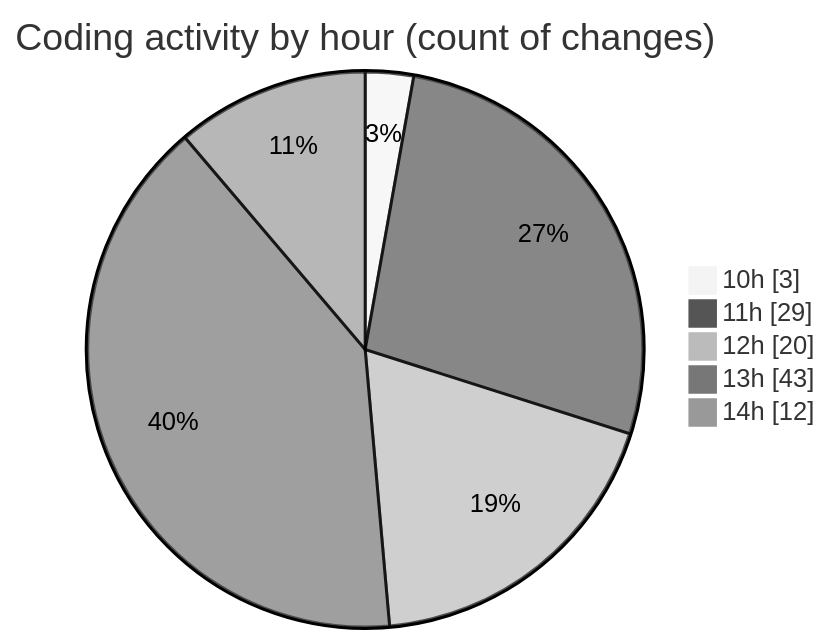
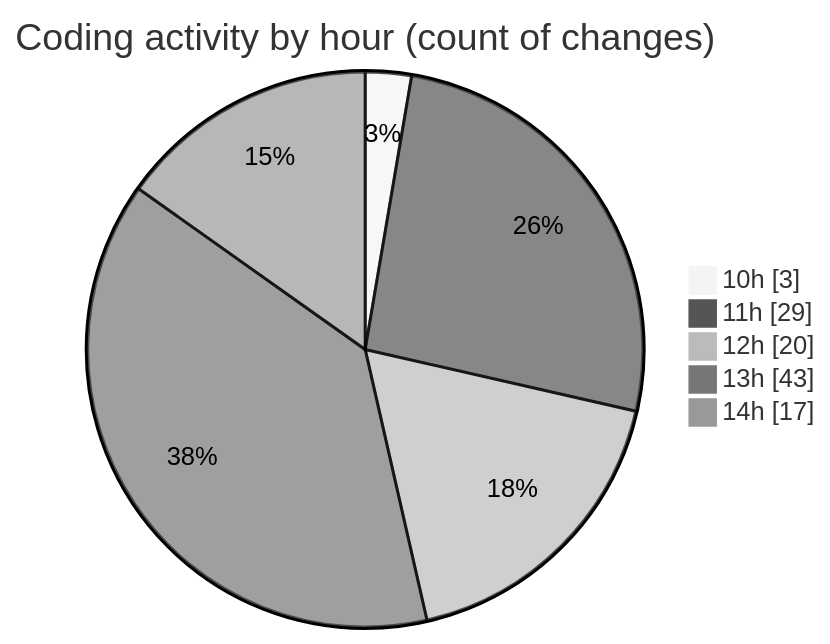
Before and after one commit to EIIisD/code-tracking: the second of 2 diagrams in 2025-08-14/ribbon/README.md, drawn with Mermaid (neutral theme). The commit also changed other lines of this file and 1 other file, not shown here.

````diff
--- a/2025-08-14/ribbon/README.md
+++ b/2025-08-14/ribbon/README.md
@@ -40,9 +40,9 @@
 ```mermaid
 pie showData
 title Coding activity by hour (count of changes)
 "10h" : 3
 "11h" : 29
 "12h" : 20
 "13h" : 43
-"14h" : 12
+"14h" : 17
 ```
````
